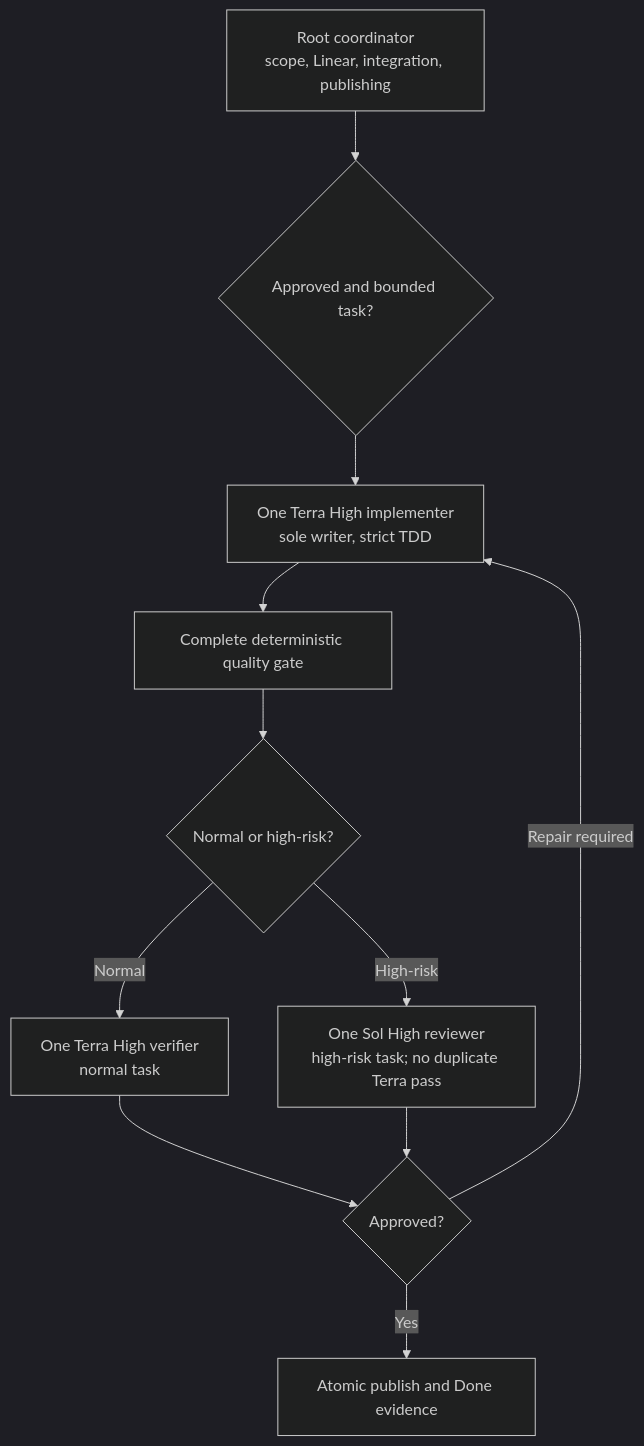
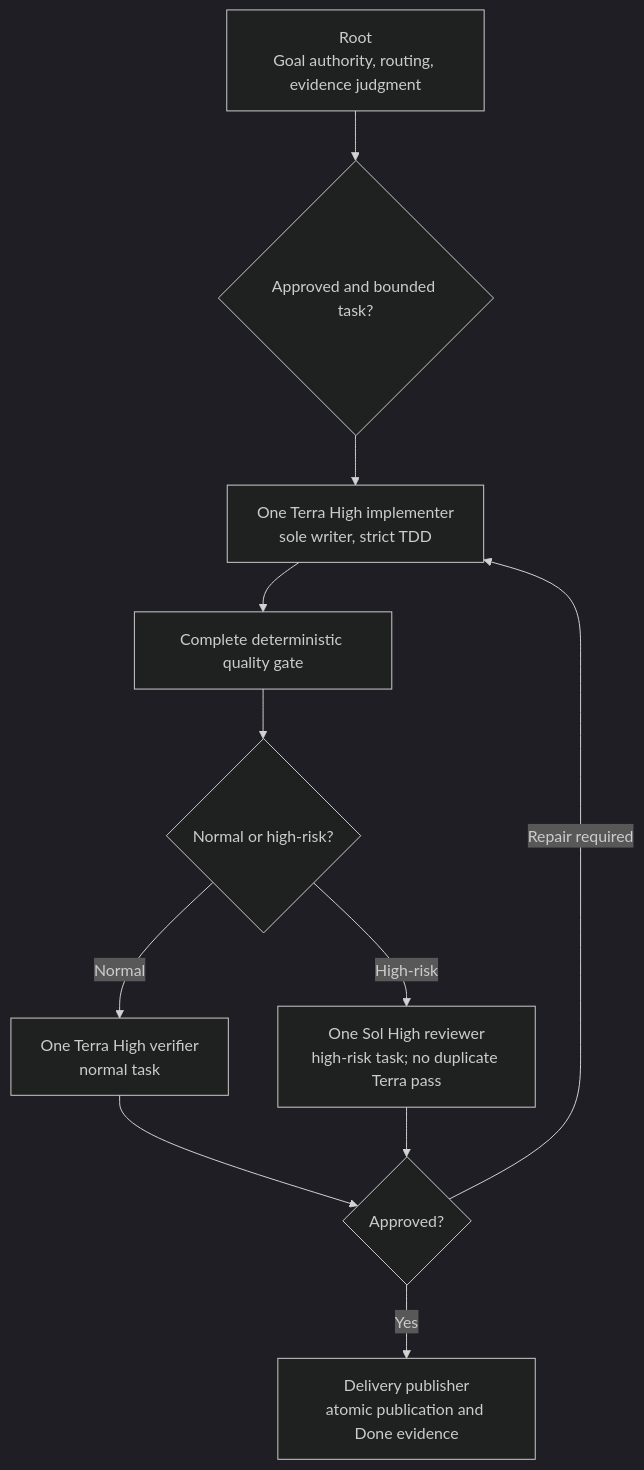
One commit to krunaldodiya/SwingTradingAIAssistant changed the first of 2 diagrams in docs/development-workflow.md. Above: the diagram before and after it, drawn with Mermaid (dark theme). The commit also changed other lines of this file and 15 other files, not shown here.

````diff
--- a/docs/development-workflow.md
+++ b/docs/development-workflow.md
@@ -194,23 +205,23 @@
 ```mermaid
 flowchart TD
-    root["Root coordinator<br/>scope, Linear, integration, publishing"]
+    root["Root<br/>Goal authority, routing, evidence judgment"]
     ready{"Approved and bounded task?"}
     terra["One Terra High implementer<br/>sole writer, strict TDD"]
     gate["Complete deterministic quality gate"]
     risk{"Normal or high-risk?"}
     verify["One Terra High verifier<br/>normal task"]
     review["One Sol High reviewer<br/>high-risk task; no duplicate Terra pass"]
     verdict{"Approved?"}
-    publish["Atomic publish and Done evidence"]
+    publish["Delivery publisher<br/>atomic publication and Done evidence"]
 
     root --> ready
     ready --> terra
     terra --> gate
     gate --> risk
     risk -- "Normal" --> verify
     risk -- "High-risk" --> review
     verify --> verdict
     review --> verdict
     verdict -- "Yes" --> publish
     verdict -- "Repair required" --> terra
 ```
````
